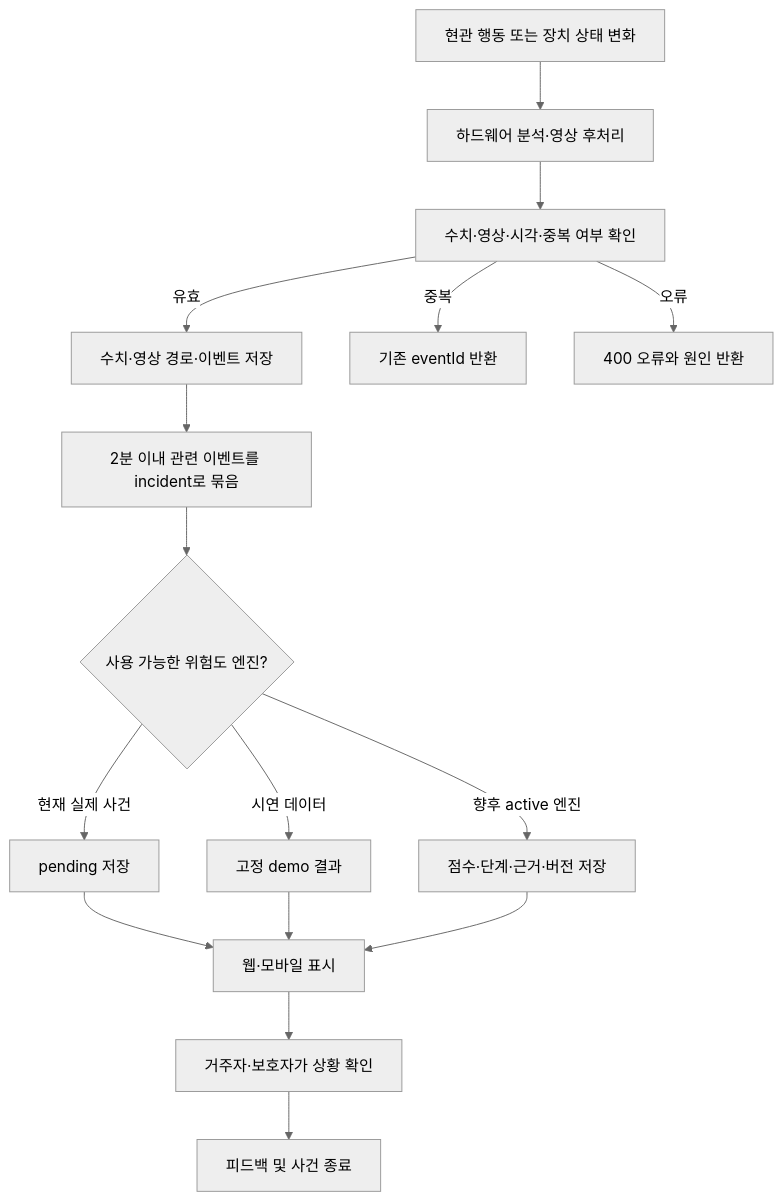
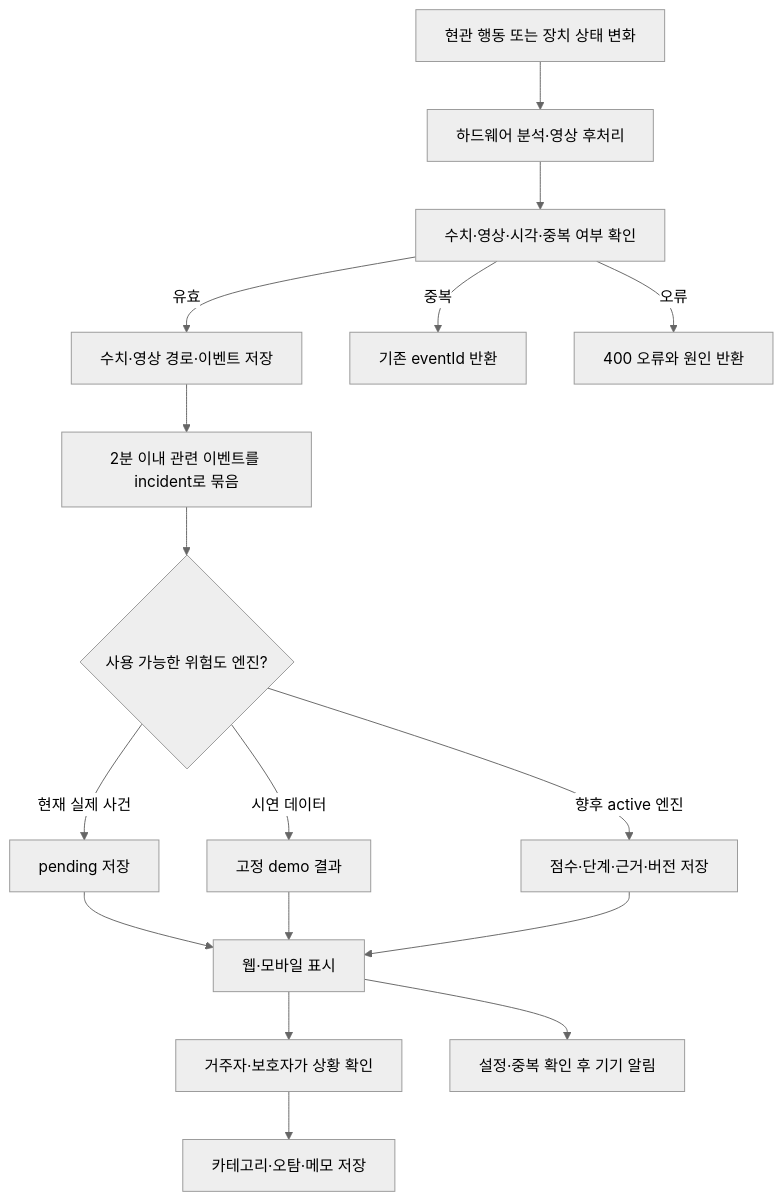
The second of 2 diagrams in docs/RISK-ZERO_시나리오_Use_Case_정의서_v0.1.md (Uree1229/Risk-ZERO), drawn with Mermaid (neutral theme) before and after one commit. The commit also changed other lines of this file and 35 other files, not shown here.

````diff
--- a/docs/RISK-ZERO_시나리오_Use_Case_정의서_v0.1.md
+++ b/docs/RISK-ZERO_시나리오_Use_Case_정의서_v0.1.md
@@ -69,18 +72,19 @@
 ```mermaid
 flowchart TD
     A["현관 행동 또는 장치 상태 변화"] --> B["하드웨어 분석·영상 후처리"]
     B --> C["수치·영상·시각·중복 여부 확인"]
     C -->|유효| D["수치·영상 경로·이벤트 저장"]
     C -->|중복| C1["기존 eventId 반환"]
     C -->|오류| C2["400 오류와 원인 반환"]
     D --> E["2분 이내 관련 이벤트를 incident로 묶음"]
     E --> F{"사용 가능한 위험도 엔진?"}
     F -->|현재 실제 사건| G["pending 저장"]
     F -->|시연 데이터| H["고정 demo 결과"]
     F -->|향후 active 엔진| I["점수·단계·근거·버전 저장"]
     G --> J["웹·모바일 표시"]
     H --> J
     I --> J
     J --> K["거주자·보호자가 상황 확인"]
-    K --> L["피드백 및 사건 종료"]
+    J --> N["설정·중복 확인 후 기기 알림"]
+    K --> L["카테고리·오탐·메모 저장"]
 ```
````
